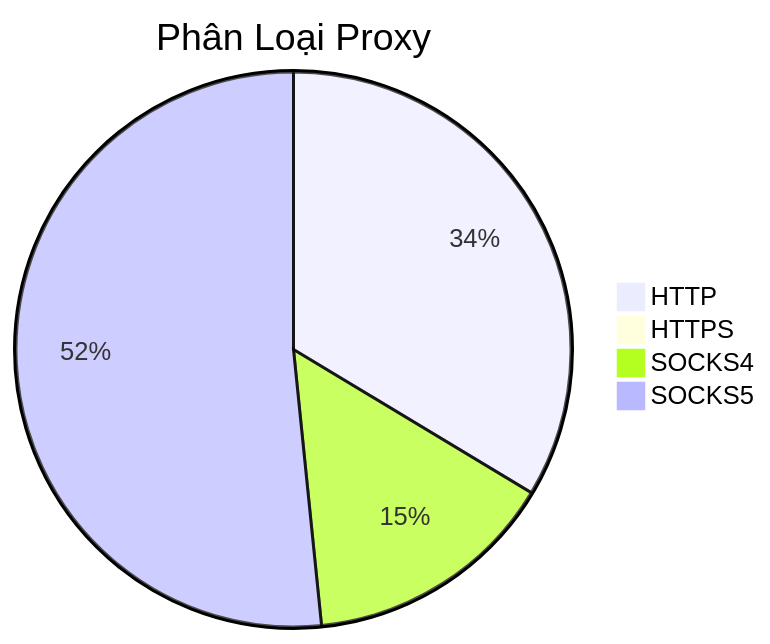
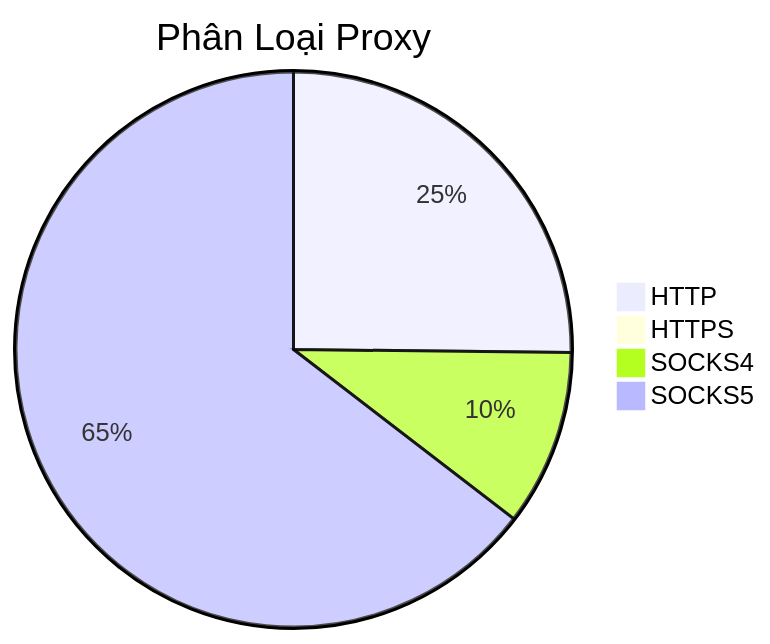
Before and after one commit to Ciara-Aa/PROXY-free: the diagram in README.md, drawn with Mermaid. The commit also changed other lines of this file and 4 other files, not shown here.

````diff
--- a/README.md
+++ b/README.md
@@ -26,7 +26,7 @@
 ```mermaid
 pie title Phân Loại Proxy
-    "HTTP" : 344
-    "HTTPS" : 2
-    "SOCKS4" : 151
-    "SOCKS5" : 528
+    "HTTP" : 464
+    "HTTPS" : 1
+    "SOCKS4" : 189
+    "SOCKS5" : 1190
 ```
````
